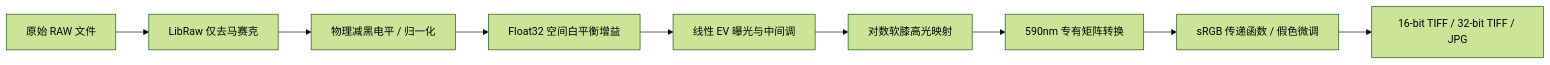
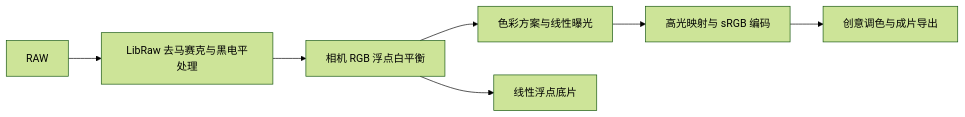
One commit to yigeshenhouhouhou/infrared_raw changed the diagram in README.md. Above: the diagram before and after it, drawn with Mermaid (forest theme). The commit also changed other lines of this file and 9 other files, not shown here.

````diff
--- a/README.md
+++ b/README.md
@@ -110,11 +77,9 @@
 ```mermaid
 flowchart LR
-    A[原始 RAW 文件] --> B[LibRaw 仅去马赛克]
-    B --> C[物理减黑电平 / 归一化]
-    C --> D[Float32 空间白平衡增益]
-    D --> E[线性 EV 曝光与中间调]
-    E --> F[对数软膝高光映射]
-    F --> G[590nm 专有矩阵转换]
-    G --> H[sRGB 传递函数 / 假色微调]
-    H --> I[16-bit TIFF / 32-bit TIFF / JPG]
+    A[RAW] --> B[LibRaw 去马赛克与黑电平处理]
+    B --> C[相机 RGB 浮点白平衡]
+    C --> D[色彩方案与线性曝光]
+    D --> E[高光映射与 sRGB 编码]
+    E --> F[创意调色与成片导出]
+    C --> G[线性浮点底片]
 ```
````
